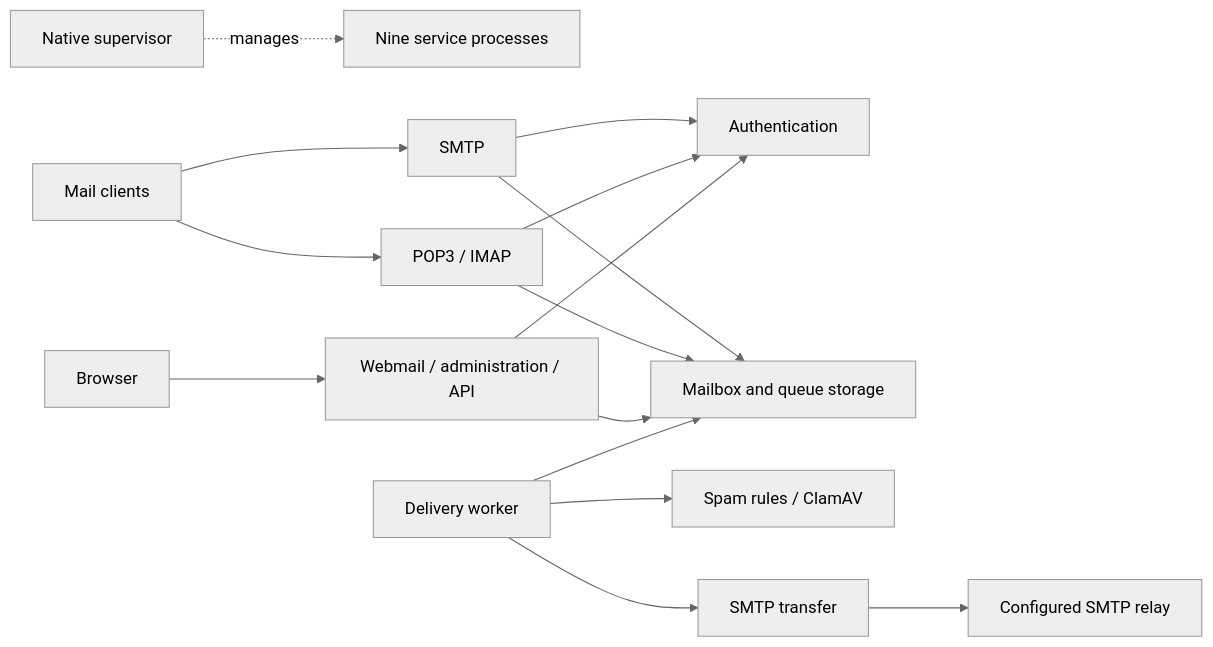
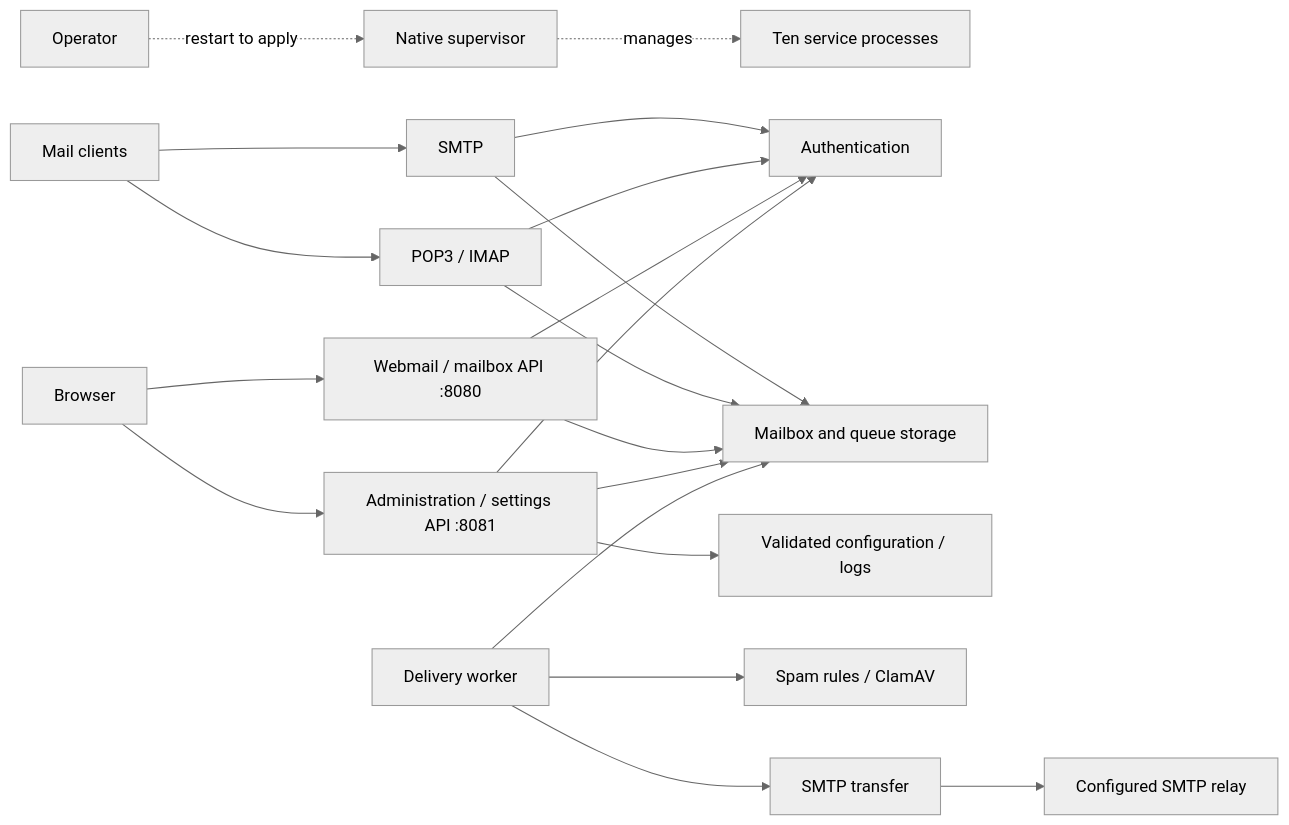
One commit to TabNahida/PostPlus changed the diagram in docs/architecture.md. Above: the diagram before and after it, drawn with Mermaid (neutral theme). The commit also changed other lines of this file and 37 other files, not shown here.

````diff
--- a/docs/architecture.md
+++ b/docs/architecture.md
@@ -7,17 +7,22 @@
 ```mermaid
 flowchart LR
-    Launcher[Native supervisor] -. manages .-> Services[Nine service processes]
+    Launcher[Native supervisor] -. manages .-> Services[Ten service processes]
     Clients[Mail clients] --> SMTP[SMTP]
     Clients --> Access[POP3 / IMAP]
-    Browser[Browser] --> Web[Webmail / administration / API]
+    Browser[Browser] --> Web[Webmail / mailbox API :8080]
+    Browser --> Admin[Administration / settings API :8081]
     SMTP --> Auth[Authentication]
     Access --> Auth
     Web --> Auth
+    Admin --> Auth
     SMTP --> Storage[Mailbox and queue storage]
     Access --> Storage
     Web --> Storage
+    Admin --> Storage
+    Admin --> Config[Validated configuration / logs]
+    Operator[Operator] -. restart to apply .-> Launcher
     Delivery[Delivery worker] --> Storage
     Delivery --> Filter[Spam rules / ClamAV]
     Delivery --> Transfer[SMTP transfer]
     Transfer --> Relay[Configured SMTP relay]
 ```
````
